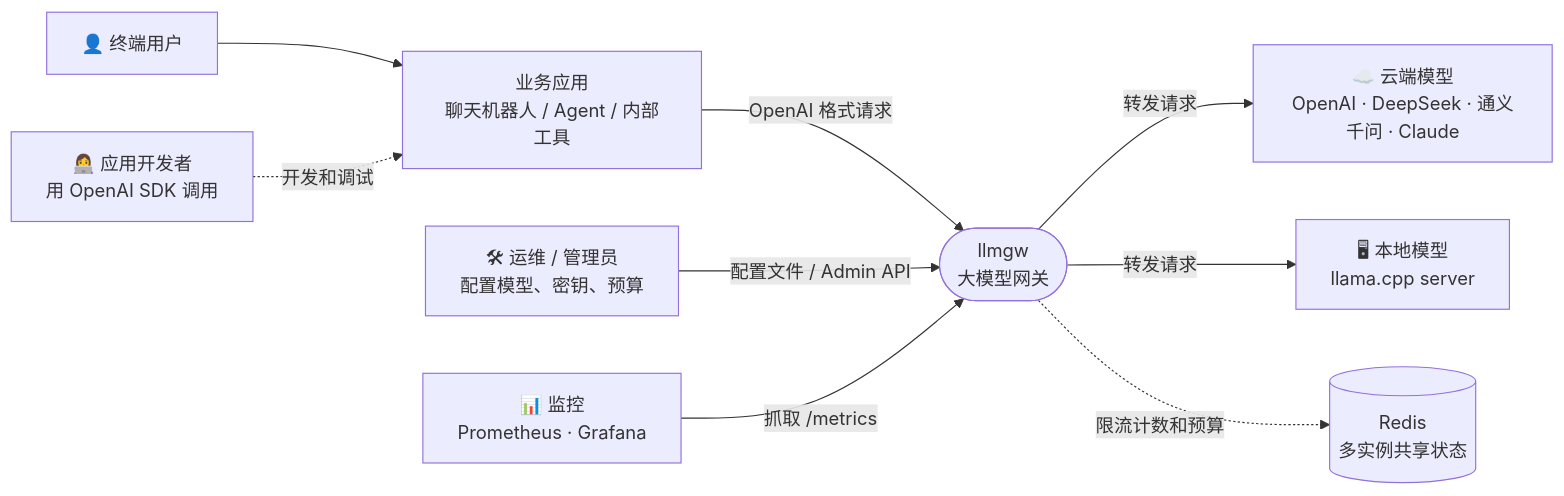
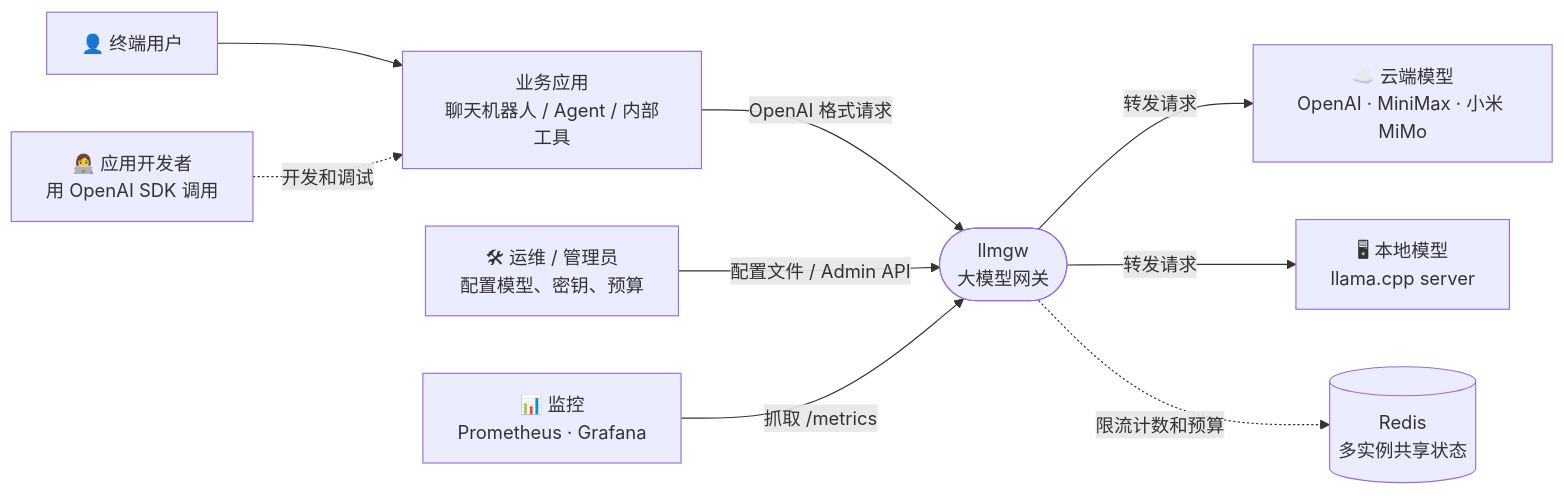
The second of 14 diagrams in docs/diagrams.md (bluesky-rgb/llmgw), drawn with Mermaid before and after one commit. The commit also changed 7 other files, not shown here.

First line of the commit message:
docs: 首批上游改为 OpenAI、MiniMax（国内站）、小米 MiMo（Token Plan）

````diff
--- a/docs/diagrams.md
+++ b/docs/diagrams.md
@@ -64,23 +64,23 @@
 ```mermaid
 flowchart LR
     Dev["👩‍💻 应用开发者<br/>用 OpenAI SDK 调用"]
     App["业务应用<br/>聊天机器人 / Agent / 内部工具"]
     Ops["🛠 运维 / 管理员<br/>配置模型、密钥、预算"]
     EndUser["👤 终端用户"]
 
     GW(["llmgw<br/>大模型网关"])
 
-    Cloud["☁️ 云端模型<br/>OpenAI · DeepSeek · 通义千问 · Claude"]
+    Cloud["☁️ 云端模型<br/>OpenAI · MiniMax · 小米 MiMo"]
     Local["🖥 本地模型<br/>llama.cpp server"]
     Mon["📊 监控<br/>Prometheus · Grafana"]
     Redis[("Redis<br/>多实例共享状态")]
 
     EndUser --> App
     Dev -. 开发和调试 .-> App
     App -->|"OpenAI 格式请求"| GW
     Ops -->|"配置文件 / Admin API"| GW
     GW -->|"转发请求"| Cloud
     GW -->|"转发请求"| Local
     Mon -->|"抓取 /metrics"| GW
     GW -. 限流计数和预算 .-> Redis
 ```
````
